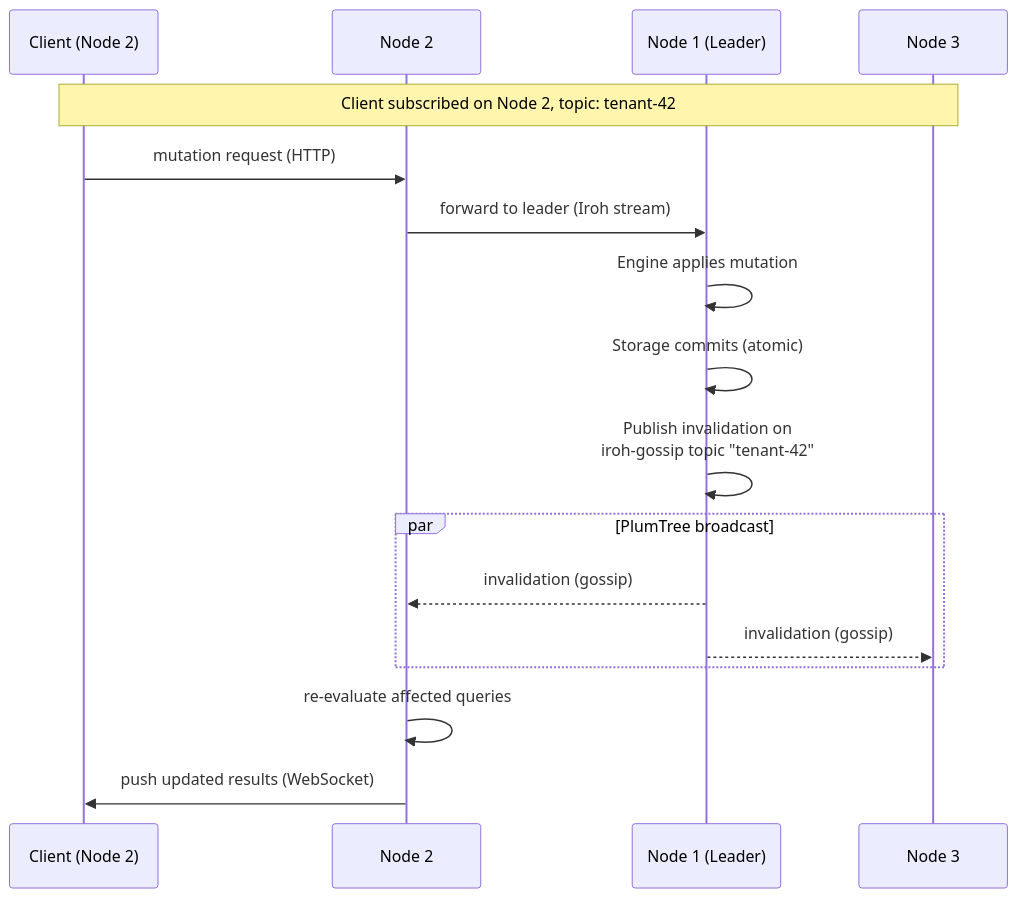
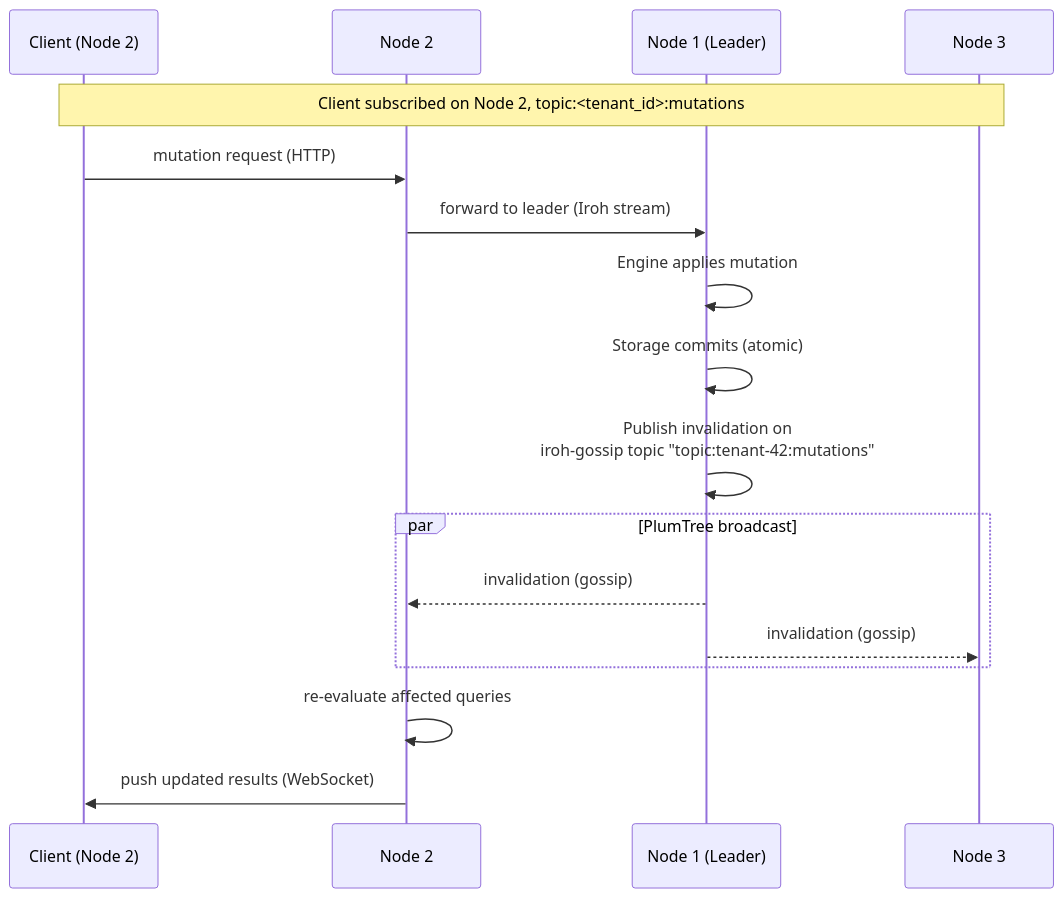
One commit to nimbus/nimbus changed the ninth of 28 diagrams in docs/architecture/horizontal-scaling.md. Above: the diagram before and after it, drawn with Mermaid. The commit also changed other lines of this file and 10 other files, not shown here.

````diff
--- a/docs/architecture/horizontal-scaling.md
+++ b/docs/architecture/horizontal-scaling.md
@@ -549,24 +550,24 @@
 ```mermaid
 sequenceDiagram
     participant C as Client (Node 2)
     participant N2 as Node 2
     participant N1 as Node 1 (Leader)
     participant N3 as Node 3
 
-    Note over C,N3: Client subscribed on Node 2, topic: tenant-42
+    Note over C,N3: Client subscribed on Node 2, topic:<tenant_id>:mutations
 
     C->>N2: mutation request (HTTP)
     N2->>N1: forward to leader (Iroh stream)
     N1->>N1: Engine applies mutation
     N1->>N1: Storage commits (atomic)
 
-    N1->>N1: Publish invalidation on<br/>iroh-gossip topic "tenant-42"
+    N1->>N1: Publish invalidation on<br/>iroh-gossip topic "topic:tenant-42:mutations"
 
     par PlumTree broadcast
         N1-->>N2: invalidation (gossip)
         N1-->>N3: invalidation (gossip)
     end
 
     N2->>N2: re-evaluate affected queries
     N2->>C: push updated results (WebSocket)
 ```
````
